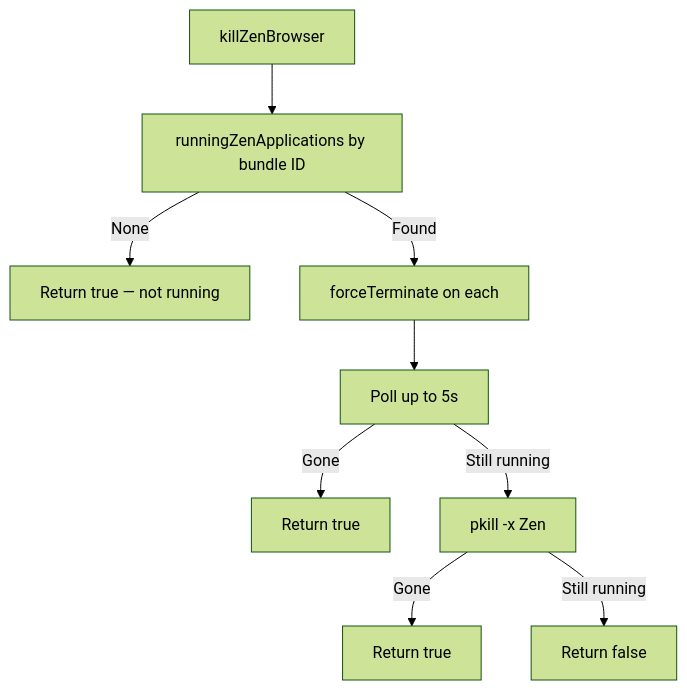
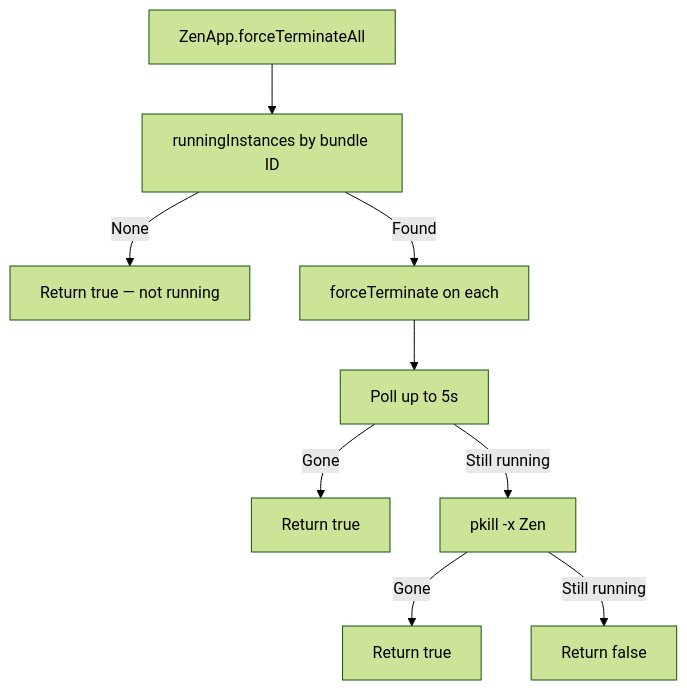
One commit to Johann-Goncalves-Pereira/Raycast changed the fifth of 5 diagrams in პროფილი-README.md. Above: the diagram before and after it, drawn with Mermaid (forest theme). The commit also changed other lines of this file and 1 other file, not shown here.

First line of the commit message:
refactor ✨: Update Zen Secure Profile Launcher for improved clarity and functionality

````diff
--- a/პროფილი-README.md
+++ b/პროფილი-README.md
@@ -248,11 +248,11 @@
 ```mermaid
 flowchart TD
-    KillZen[killZenBrowser] --> FindApps[runningZenApplications by bundle ID]
+    KillZen[ZenApp.forceTerminateAll] --> FindApps[runningInstances by bundle ID]
     FindApps -->|None| DoneOK[Return true — not running]
     FindApps -->|Found| ForceTerm[forceTerminate on each]
     ForceTerm --> WaitLoop[Poll up to 5s]
     WaitLoop -->|Gone| DoneOK2[Return true]
     WaitLoop -->|Still running| Pkill[pkill -x Zen]
     Pkill -->|Gone| DoneOK3[Return true]
     Pkill -->|Still running| DoneFail[Return false]
 ```
````
